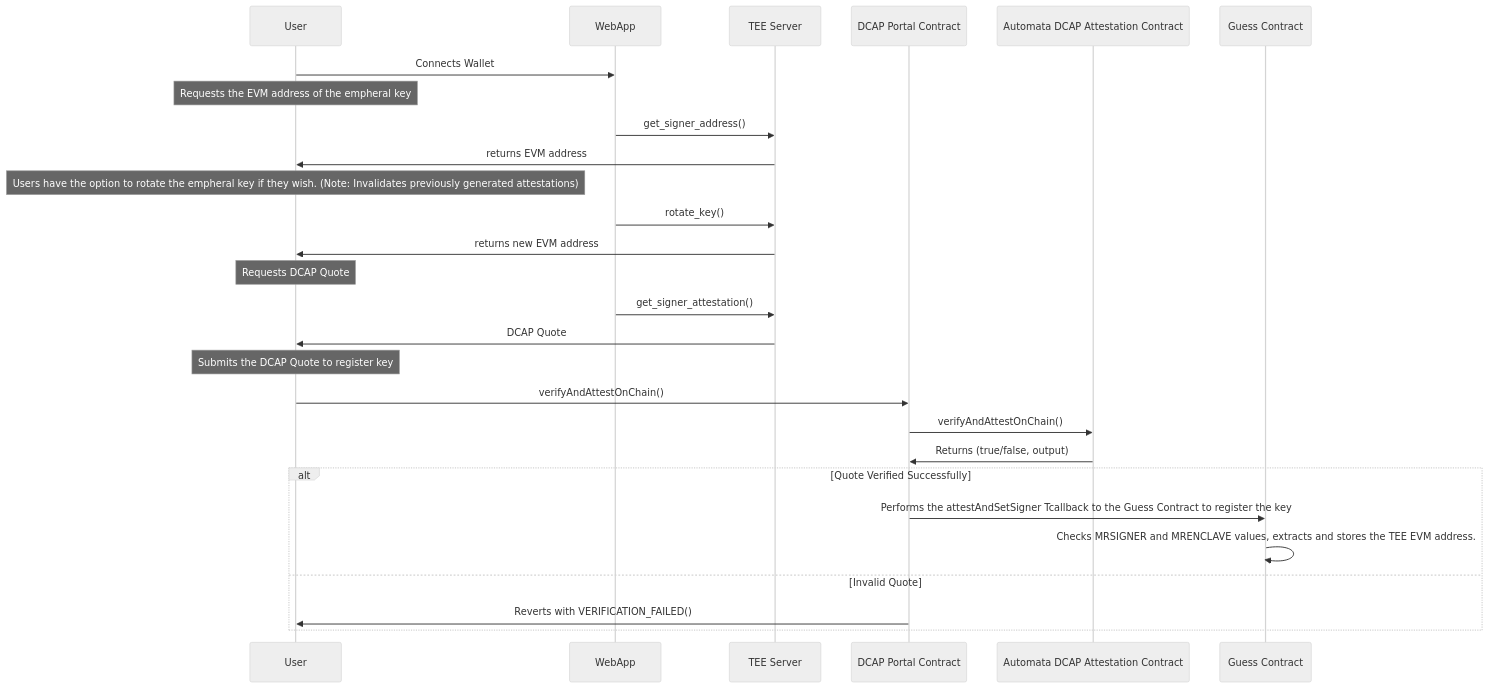
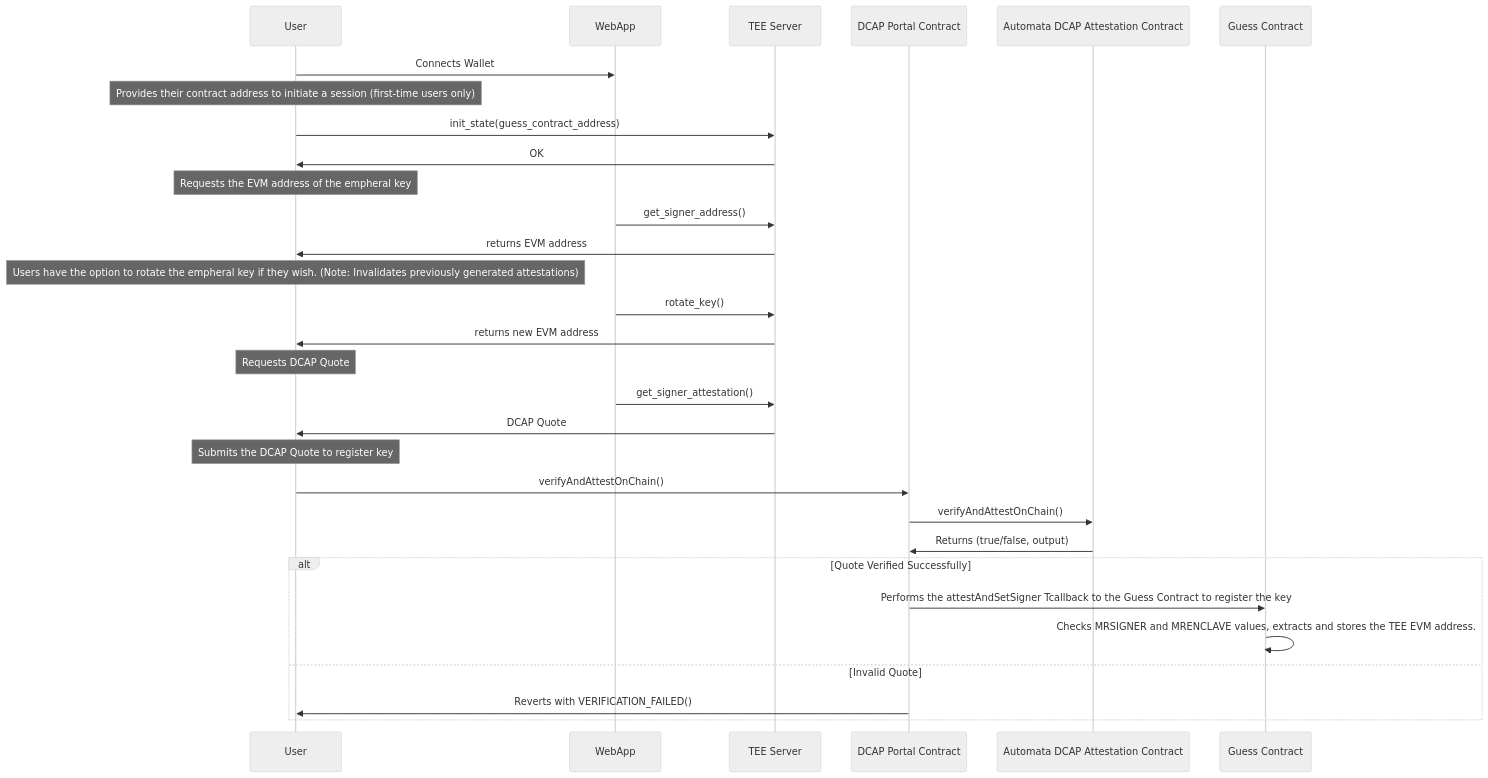
One commit to moven0831/sgx-number-guessing changed the first of 3 diagrams in docs/project-architecture.md. Above: the diagram before and after it, drawn with Mermaid (neutral theme). The commit also changed other lines of this file, not shown here.

Commit message:
updated project architecture

````diff
--- a/docs/project-architecture.md
+++ b/docs/project-architecture.md
@@ -3,33 +3,37 @@
 ```mermaid
 sequenceDiagram
     participant User
     participant WebApp
     participant TEE Server
     participant DCAP Portal Contract
     participant Automata DCAP Attestation Contract
     participant Guess Contract
 
     User->>WebApp: Connects Wallet
+
+    note over User: Provides their contract address to initiate a session (first-time users only)
+    User->>TEE Server: init_state(guess_contract_address)
+    TEE Server->>User: OK
 
     note over User: Requests the EVM address of the empheral key
     WebApp->>TEE Server: get_signer_address()
     TEE Server->>User: returns EVM address
 
     note over User: Users have the option to rotate the empheral key if they wish. (Note: Invalidates previously generated attestations)
     WebApp->>TEE Server: rotate_key()
     TEE Server->>User: returns new EVM address
 
     note over User: Requests DCAP Quote
     WebApp->>TEE Server: get_signer_attestation()
     TEE Server->>User: DCAP Quote
     note over User: Submits the DCAP Quote to register key
     User->>DCAP Portal Contract: verifyAndAttestOnChain()
     DCAP Portal Contract->>Automata DCAP Attestation Contract: verifyAndAttestOnChain()
     Automata DCAP Attestation Contract->>DCAP Portal Contract: Returns (true/false, output)
     alt Quote Verified Successfully
         DCAP Portal Contract->>Guess Contract: Performs the attestAndSetSigner Tcallback to the Guess Contract to register the key
         Guess Contract->>Guess Contract: Checks MRSIGNER and MRENCLAVE values, extracts and stores the TEE EVM address.
     else Invalid Quote
         DCAP Portal Contract->>User: Reverts with VERIFICATION_FAILED()
     end
 ```
````
